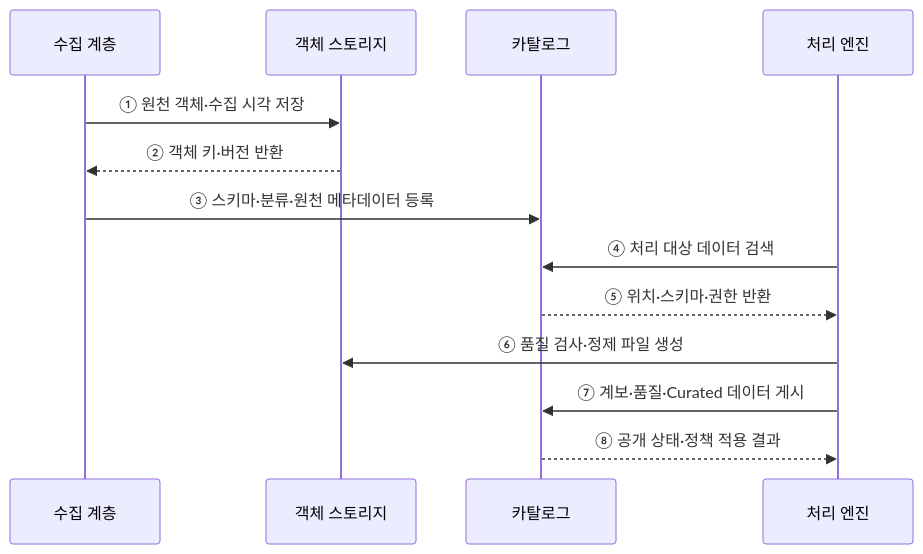
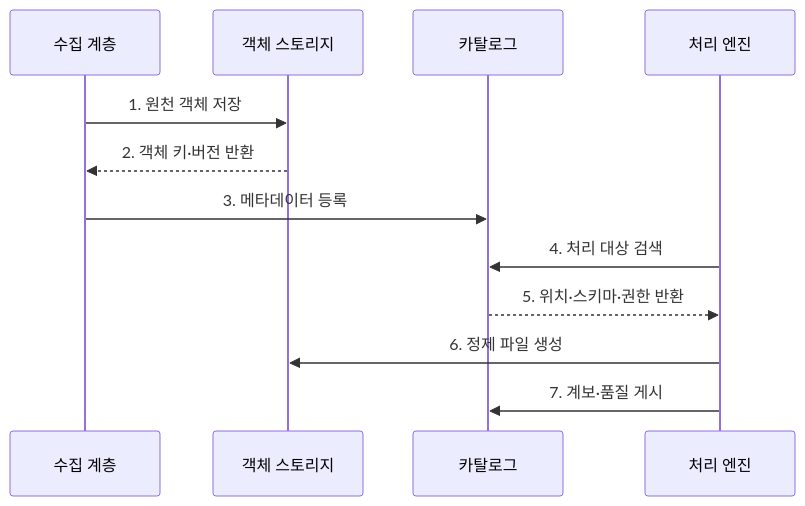
The second of 2 diagrams in src/content/docs/notes/03-software/125_data_lake.md (agnusdei1207/knowledge-base), drawn with Mermaid before and after one commit. The commit also changed other lines of this file and 20 other files, not shown here.

````diff
--- a/src/content/docs/notes/03-software/125_data_lake.md
+++ b/src/content/docs/notes/03-software/125_data_lake.md
@@ -70,15 +81,14 @@
 ```mermaid
 sequenceDiagram
     participant I as 수집 계층
     participant O as 객체 스토리지
     participant C as 카탈로그
     participant P as 처리 엔진
-    I->>O: ① 원천 객체·수집 시각 저장
-    O-->>I: ② 객체 키·버전 반환
-    I->>C: ③ 스키마·분류·원천 메타데이터 등록
-    P->>C: ④ 처리 대상 데이터 검색
-    C-->>P: ⑤ 위치·스키마·권한 반환
-    P->>O: ⑥ 품질 검사·정제 파일 생성
-    P->>C: ⑦ 계보·품질·Curated 데이터 게시
-    C-->>P: ⑧ 공개 상태·정책 적용 결과
+    I->>O: 1. 원천 객체 저장
+    O-->>I: 2. 객체 키·버전 반환
+    I->>C: 3. 메타데이터 등록
+    P->>C: 4. 처리 대상 검색
+    C-->>P: 5. 위치·스키마·권한 반환
+    P->>O: 6. 정제 파일 생성
+    P->>C: 7. 계보·품질 게시
 ```
````
